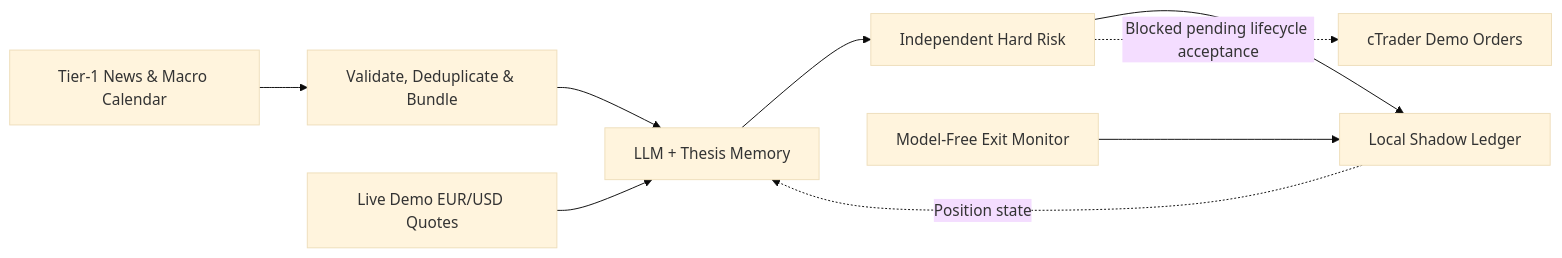
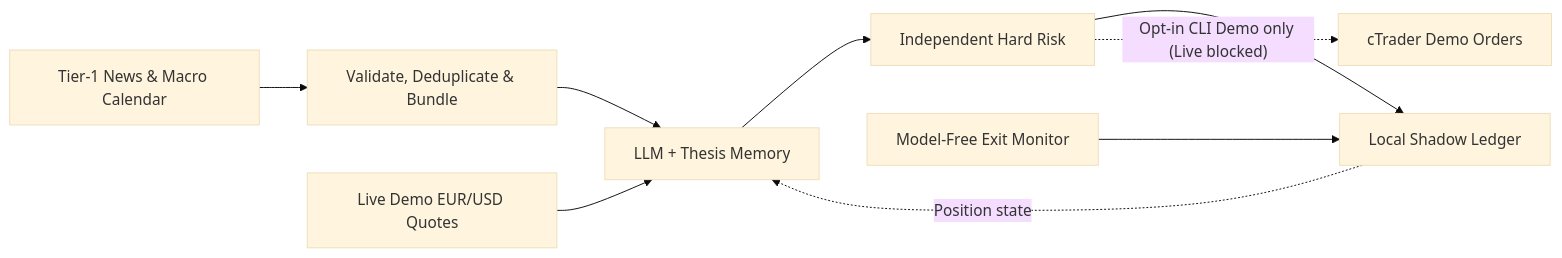
The diagram in README.md (lohis-aimbot/eventlens), drawn with Mermaid (base theme) before and after one commit. The commit also changed other lines of this file and 13 other files, not shown here.

Commit message:
feat(demo): complete CLI Demo close reconciliation, Razor UsdPerOneLot gating, and bilingual READMEs

````diff
--- a/README.md
+++ b/README.md
@@ -71,11 +71,11 @@
 ```mermaid
 flowchart LR
     Feed["Tier-1 News & Macro Calendar"] --> Bundle["Validate, Deduplicate & Bundle"]
     Quotes["Live Demo EUR/USD Quotes"] --> Agent["LLM + Thesis Memory"]
     Bundle --> Agent
     Agent --> Risk["Independent Hard Risk"]
     Risk --> Ledger["Local Shadow Ledger"]
     Monitor["Model-Free Exit Monitor"] --> Ledger
     Ledger -. "Position state" .-> Agent
-    Risk -. "Blocked pending lifecycle acceptance" .-> Broker["cTrader Demo Orders"]
+    Risk -. "Opt-in CLI Demo only (Live blocked)" .-> Broker["cTrader Demo Orders"]
 ```
````
